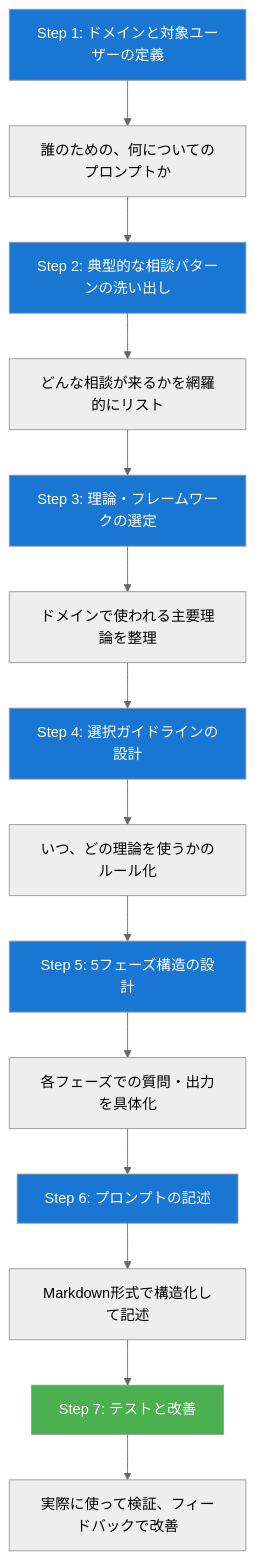
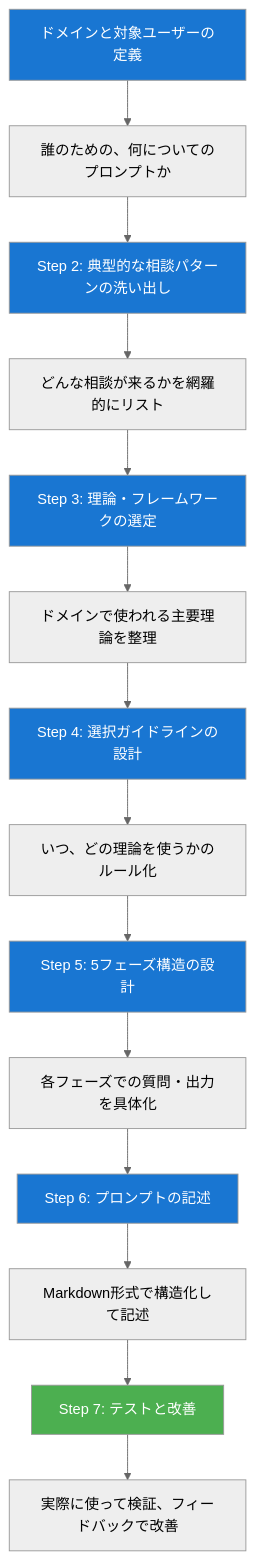
Diagram 18 of 22 in docs/interactive-agentic-prompt-guide.md (nahisaho/KOTODAMA4Edu), drawn with Mermaid (neutral theme) before and after one commit. The commit also changed other lines of this file and 31 other files, not shown here.

````diff
--- a/docs/interactive-agentic-prompt-guide.md
+++ b/docs/interactive-agentic-prompt-guide.md
@@ -1523,24 +1691,24 @@
 ```mermaid
 flowchart TB
-    S1["Step 1: ドメインと対象ユーザーの定義"] --> S1D["誰のための、何についてのプロンプトか"]
+    S1["ドメインと対象ユーザーの定義"] --> S1D["誰のための、何についてのプロンプトか"]
     S1D --> S2
     S2["Step 2: 典型的な相談パターンの洗い出し"] --> S2D["どんな相談が来るかを網羅的にリスト"]
     S2D --> S3
     S3["Step 3: 理論・フレームワークの選定"] --> S3D["ドメインで使われる主要理論を整理"]
     S3D --> S4
     S4["Step 4: 選択ガイドラインの設計"] --> S4D["いつ、どの理論を使うかのルール化"]
     S4D --> S5
     S5["Step 5: 5フェーズ構造の設計"] --> S5D["各フェーズでの質問・出力を具体化"]
     S5D --> S6
     S6["Step 6: プロンプトの記述"] --> S6D["Markdown形式で構造化して記述"]
     S6D --> S7
     S7["Step 7: テストと改善"] --> S7D["実際に使って検証、フィードバックで改善"]
     
     style S1 fill:#1976d2,color:#fff
     style S2 fill:#1976d2,color:#fff
     style S3 fill:#1976d2,color:#fff
     style S4 fill:#1976d2,color:#fff
     style S5 fill:#1976d2,color:#fff
     style S6 fill:#1976d2,color:#fff
     style S7 fill:#4caf50,color:#fff
 ```
````
